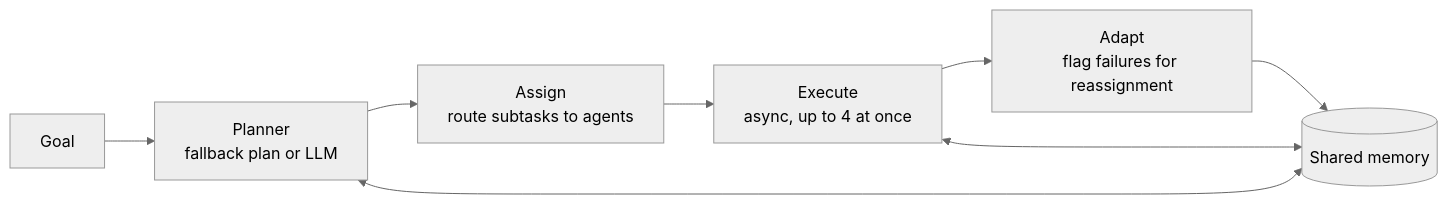
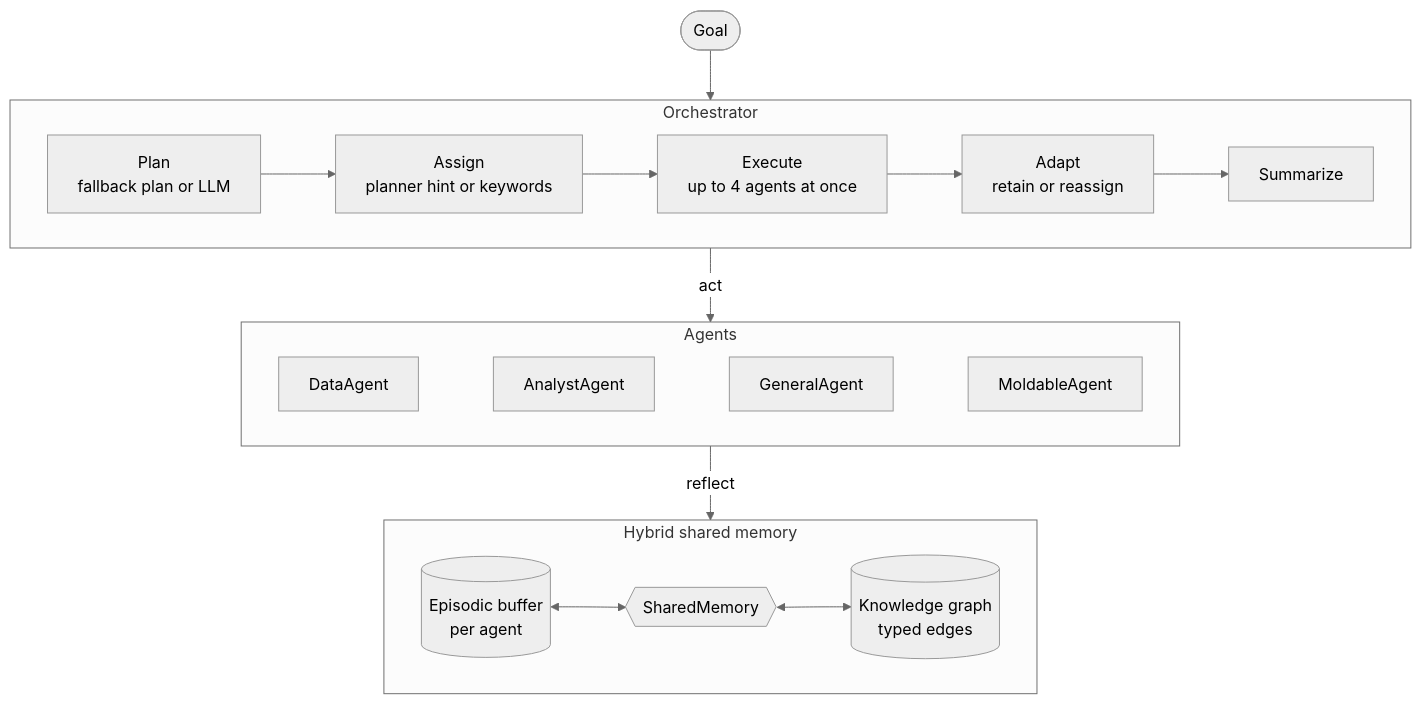
The first of 4 diagrams in README.md (ysham123/Myndra), drawn with Mermaid (neutral theme) before and after one commit. The commit also changed other lines of this file, not shown here.

Commit message:
Rebuild README with native diagrams and detailed component tables

````diff
--- a/README.md
+++ b/README.md
@@ -33,10 +31,26 @@
 ```mermaid
-flowchart LR
-    G[Goal] --> P["Planner<br/>fallback plan or LLM"]
-    P --> A["Assign<br/>route subtasks to agents"]
-    A --> E["Execute<br/>async, up to 4 at once"]
-    E --> D["Adapt<br/>flag failures for reassignment"]
-    D --> M[(Shared memory)]
-    P <--> M
-    E <--> M
+flowchart TB
+    goal([Goal]) --> orchestration
+
+    subgraph orchestration [Orchestrator]
+        direction LR
+        planner["Plan<br/>fallback plan or LLM"] --> router["Assign<br/>planner hint or keywords"]
+        router --> runtime["Execute<br/>up to 4 agents at once"]
+        runtime --> adapt["Adapt<br/>retain or reassign"]
+        adapt --> summarizer["Summarize"]
+    end
+
+    subgraph team [Agents]
+        direction LR
+        data[DataAgent] ~~~ analyst[AnalystAgent] ~~~ general[GeneralAgent] ~~~ moldable[MoldableAgent]
+    end
+
+    subgraph memory [Hybrid shared memory]
+        direction LR
+        episodic[("Episodic buffer<br/>per agent")] <--> facade{{SharedMemory}}
+        facade <--> kg[("Knowledge graph<br/>typed edges")]
+    end
+
+    orchestration -- "act" --> team
+    team -- "reflect" --> memory
 ```
````
